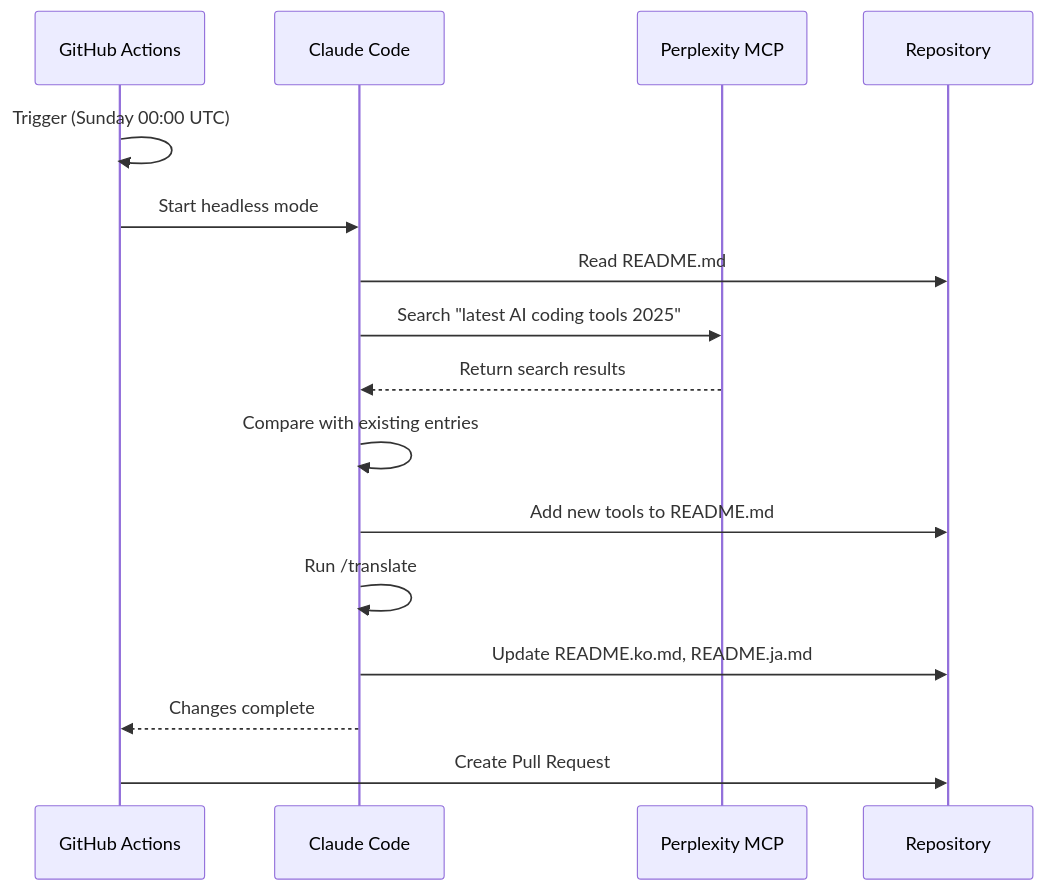
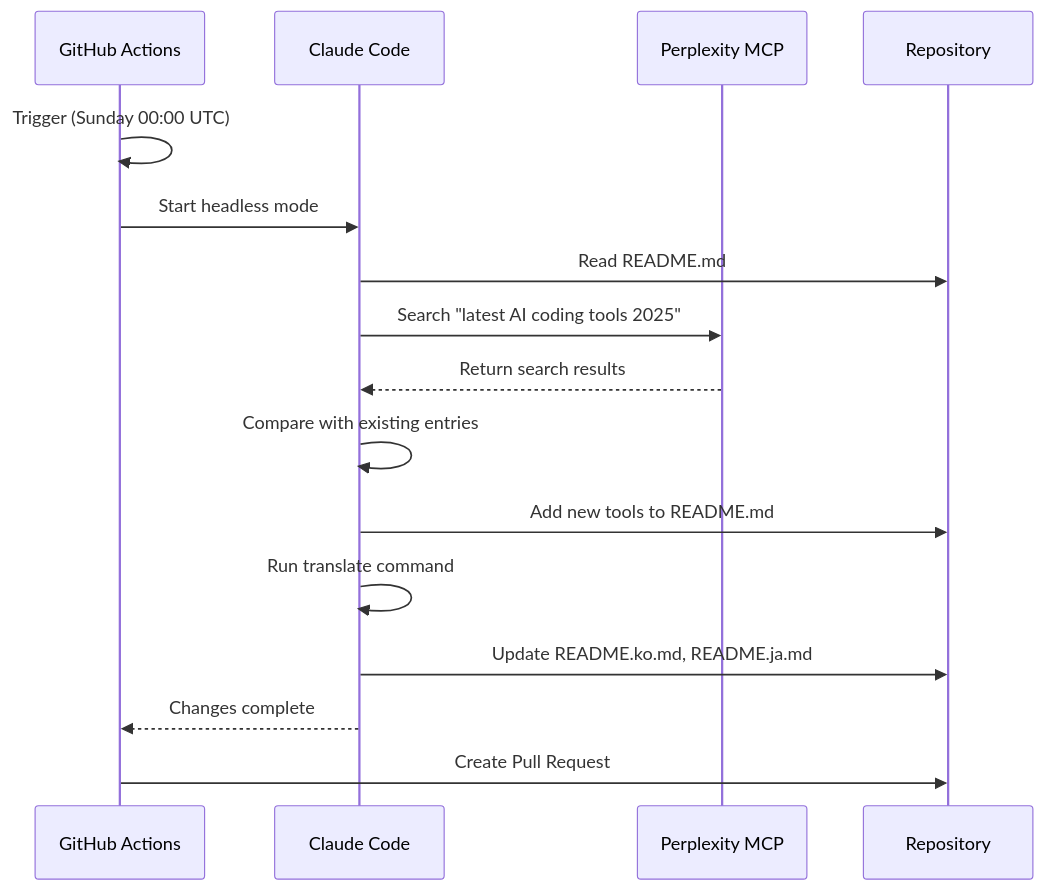
One commit to roboco-io/awesome-vibecoding changed the second of 4 diagrams in docs/automation.md. Above: the diagram before and after it, drawn with Mermaid. The commit also changed other lines of this file, not shown here.

First line of the commit message:
Fix Mermaid diagram syntax errors in automation docs

````diff
--- a/docs/automation.md
+++ b/docs/automation.md
@@ -55,19 +55,19 @@
 ```mermaid
 sequenceDiagram
     participant GHA as GitHub Actions
     participant CC as Claude Code
     participant MCP as Perplexity MCP
     participant Repo as Repository
 
     GHA->>GHA: Trigger (Sunday 00:00 UTC)
     GHA->>CC: Start headless mode
     CC->>Repo: Read README.md
     CC->>MCP: Search "latest AI coding tools 2025"
     MCP-->>CC: Return search results
     CC->>CC: Compare with existing entries
     CC->>Repo: Add new tools to README.md
-    CC->>CC: Run /translate
+    CC->>CC: Run translate command
     CC->>Repo: Update README.ko.md, README.ja.md
     CC-->>GHA: Changes complete
     GHA->>Repo: Create Pull Request
 ```
````
